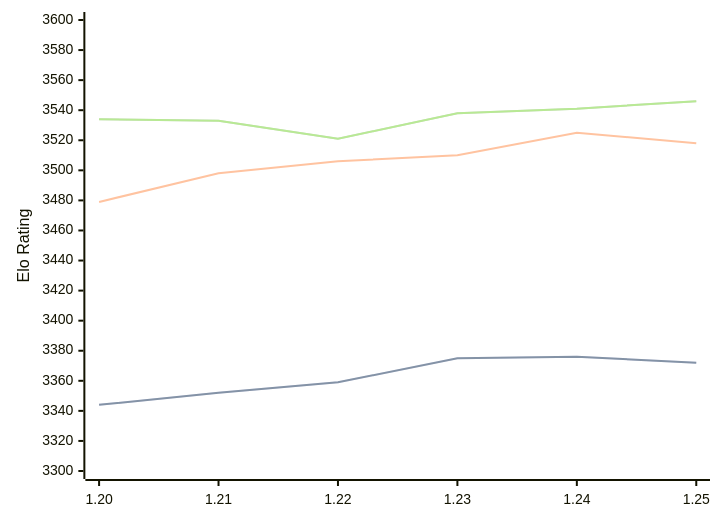
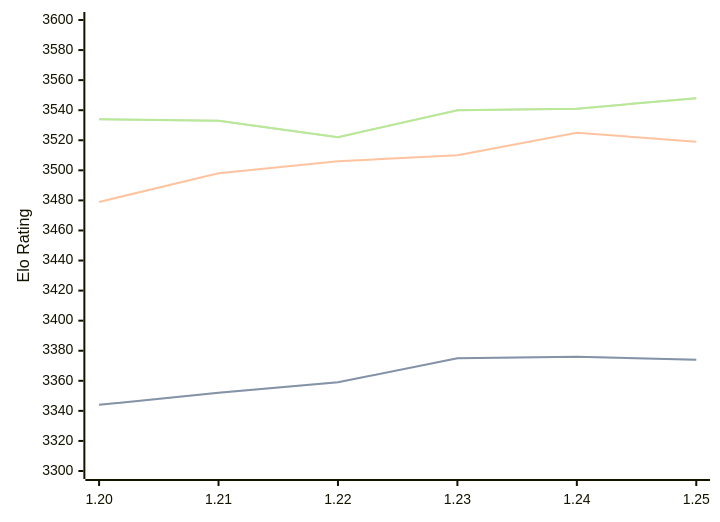
Before and after one commit to computer-chess-index/cci: the third of 3 diagrams in engines/Caissa.md, drawn with Mermaid. The commit also changed other lines of this file, not shown here.

Commit message:
Update CCI Ratings (ELO VLTC) - 2026-07-08

````diff
--- a/engines/Caissa.md
+++ b/engines/Caissa.md
@@ -98,11 +98,11 @@
 ```mermaid
 %%{init: {"theme":"base","themeVariables":{"seriesColors:['#a3a3a3','#222221','#faa371']}}}%%
 xychart-beta
   x-axis ["1.20", "1.21", "1.22", "1.23", "1.24", "1.25"]
   y-axis "Elo Rating" 3300 --> 3600
-  line "STC (8.0+0.08s)" [3344, 3352, 3359, 3375, 3376, 3372]
-  line "STC (8.0+0.08s)" [3344, 3352, 3359, 3375, 3376, 3372]
-  line "LTC (60.0+0.60s)" [3479, 3498, 3506, 3510, 3525, 3518]
-  line "VLTC (2m24s+1.12s)" [3534, 3533, 3521, 3538, 3541, 3546]
-  line "VLTC (2m24s+1.12s)" [3534, 3533, 3521, 3538, 3541, 3546]
+  line "STC (8.0+0.08s)" [3344, 3352, 3359, 3375, 3376, 3374]
+  line "STC (8.0+0.08s)" [3344, 3352, 3359, 3375, 3376, 3374]
+  line "LTC (60.0+0.60s)" [3479, 3498, 3506, 3510, 3525, 3519]
+  line "VLTC (2m24s+1.12s)" [3534, 3533, 3522, 3540, 3541, 3548]
+  line "VLTC (2m24s+1.12s)" [3534, 3533, 3522, 3540, 3541, 3548]
 ```
````
